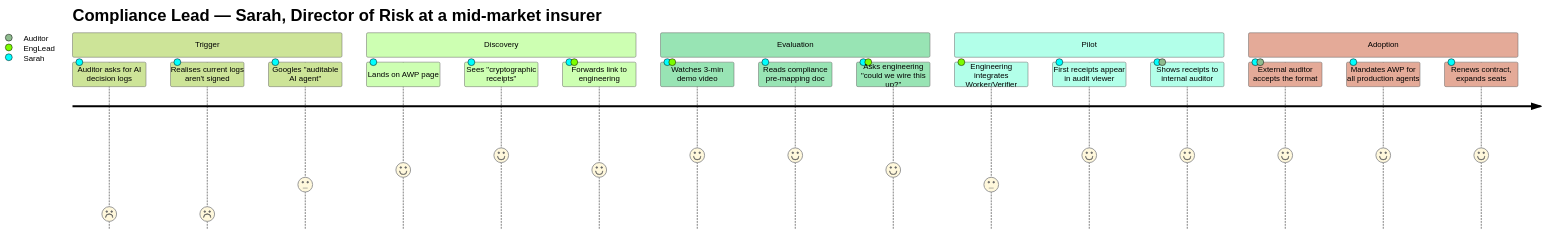
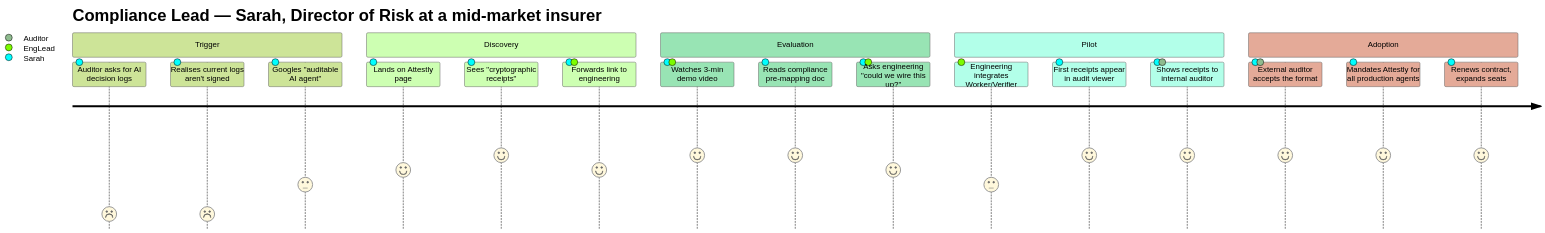
The first of 4 diagrams in docs/USER_JOURNEYS.md (inertialabsxyz/attestly), drawn with Mermaid (forest theme) before and after one commit. The commit also changed other lines of this file and 43 other files, not shown here.

First line of the commit message:
docs(rename): rebrand AWP / Agent Work Protocol prose to Attestly

````diff
--- a/docs/USER_JOURNEYS.md
+++ b/docs/USER_JOURNEYS.md
@@ -13,24 +13,24 @@
 ```mermaid
 journey
     title Compliance Lead — Sarah, Director of Risk at a mid-market insurer
     section Trigger
       Auditor asks for AI decision logs: 1: Sarah
       Realises current logs aren't signed: 1: Sarah
       Googles "auditable AI agent": 3: Sarah
     section Discovery
-      Lands on AWP page: 4: Sarah
+      Lands on Attestly page: 4: Sarah
       Sees "cryptographic receipts": 5: Sarah
       Forwards link to engineering: 4: Sarah, EngLead
     section Evaluation
       Watches 3-min demo video: 5: Sarah, EngLead
       Reads compliance pre-mapping doc: 5: Sarah
       Asks engineering "could we wire this up?": 4: Sarah, EngLead
     section Pilot
       Engineering integrates Worker/Verifier: 3: EngLead
       First receipts appear in audit viewer: 5: Sarah
       Shows receipts to internal auditor: 5: Sarah, Auditor
     section Adoption
       External auditor accepts the format: 5: Sarah, Auditor
-      Mandates AWP for all production agents: 5: Sarah
+      Mandates Attestly for all production agents: 5: Sarah
       Renews contract, expands seats: 5: Sarah
 ```
````
